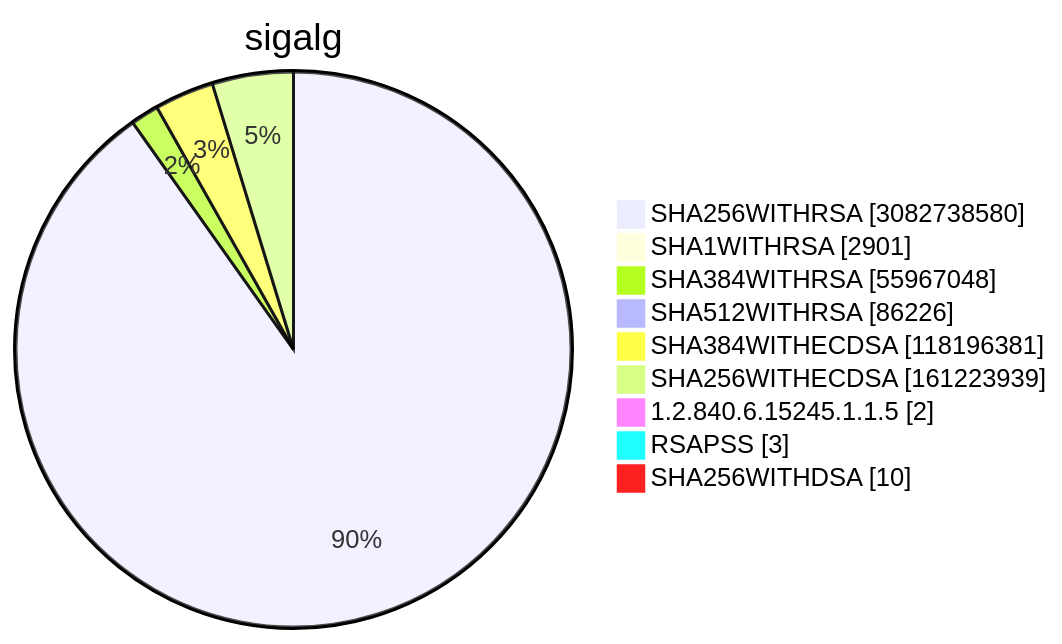
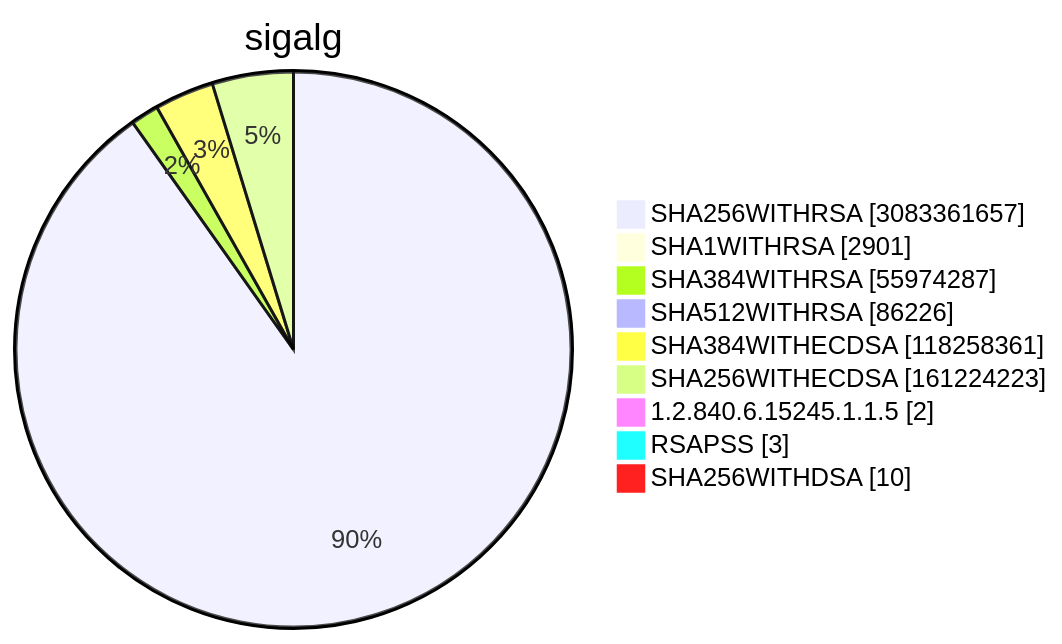
Before and after one commit to christiankrug/ctmonitor_visualization: diagram 15 of 15 in TOTAL/README.md, drawn with Mermaid. The commit also changed other lines of this file, not shown here.

````diff
--- a/TOTAL/README.md
+++ b/TOTAL/README.md
@@ -6210,13 +6210,13 @@
 ```mermaid
 pie showData
 title sigalg
-"SHA256WITHRSA" :3082738580
+"SHA256WITHRSA" :3083361657
 "SHA1WITHRSA" :2901
-"SHA384WITHRSA" :55967048
+"SHA384WITHRSA" :55974287
 "SHA512WITHRSA" :86226
-"SHA384WITHECDSA" :118196381
-"SHA256WITHECDSA" :161223939
+"SHA384WITHECDSA" :118258361
+"SHA256WITHECDSA" :161224223
 "1.2.840.6.15245.1.1.5" :2
 "RSAPSS" :3
 "SHA256WITHDSA" :10
 ```
````
